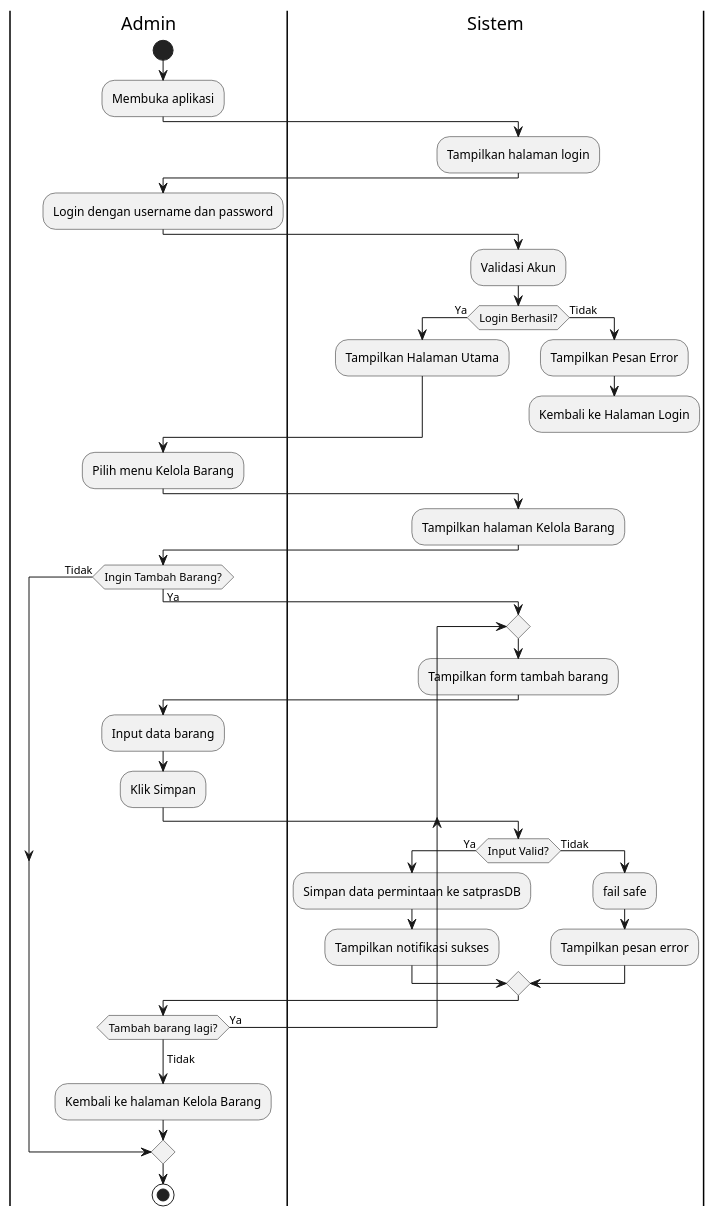
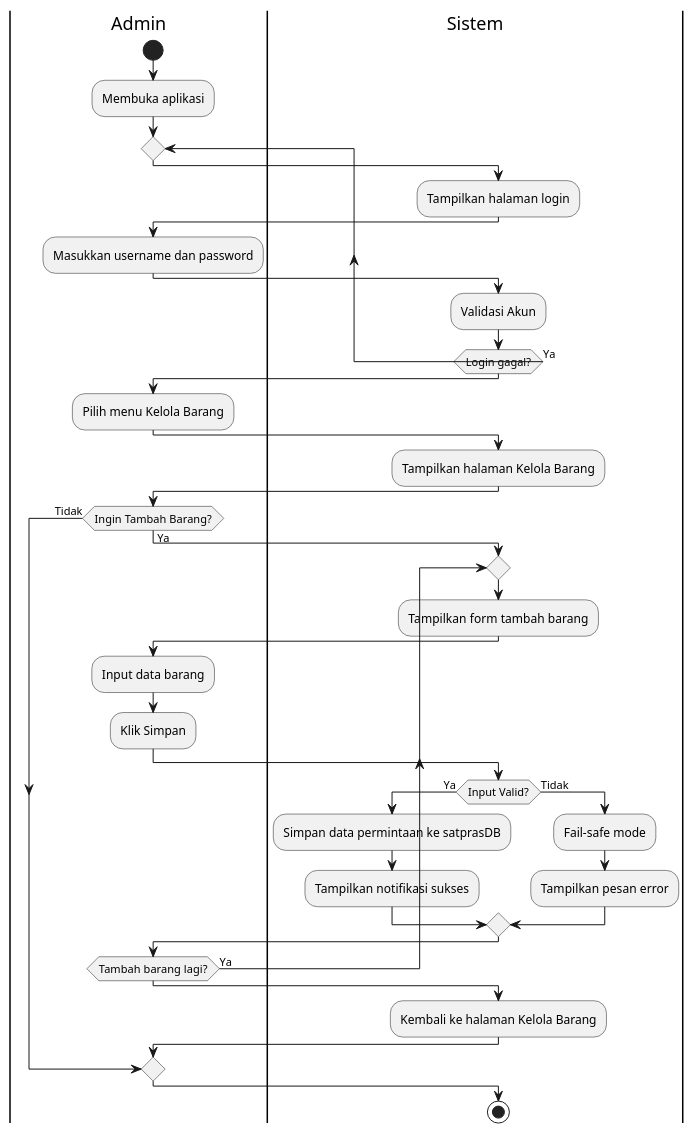
The diagram in Activity Diagram/activityKelolaBarang.puml (Fannandya/diagramPABD), drawn with PlantUML before and after one commit. The commit also changed 1 other file, not shown here.

```diff
--- a/Activity Diagram/activityKelolaBarang.puml
+++ b/Activity Diagram/activityKelolaBarang.puml
@@ -1,52 +1,60 @@
 @startuml activityKelolaBarang
+
 |Admin|
 start
 :Membuka aplikasi;
 
-|Sistem|
-:Tampilkan halaman login;
+repeat
 
-|Admin|
-:Login dengan username dan password;
+  |Sistem|
+  :Tampilkan halaman login;
 
-|Sistem|
-:Validasi Akun;
-if (Login Berhasil?) then (Ya)
-  :Tampilkan Halaman Utama;
-else (Tidak)
-  :Tampilkan Pesan Error;
-  :Kembali ke Halaman Login;
-  detach
-endif
+  |Admin|
+  :Masukkan username dan password;
+
+  |Sistem|
+  :Validasi Akun;
+
+
+
+repeat while (Login gagal?) is (Ya)
 
 |Admin|
 :Pilih menu Kelola Barang;
 
 |Sistem|
 :Tampilkan halaman Kelola Barang;
 
 |Admin|
 if (Ingin Tambah Barang?) then (Ya)
+
   |Sistem|
   repeat
     :Tampilkan form tambah barang;
+
     |Admin|
     :Input data barang;
     :Klik Simpan;
+
     |Sistem|
     if (Input Valid?) then (Ya)
       :Simpan data permintaan ke satprasDB;
       :Tampilkan notifikasi sukses;
     else (Tidak)
-      :fail safe;
+      :Fail-safe mode;
       :Tampilkan pesan error;
     endif
+
     |Admin|
+
   repeat while (Tambah barang lagi?) is (Ya)
-  ->Tidak;
+
+  |Sistem|
   :Kembali ke halaman Kelola Barang;
+
 else (Tidak)
+
 endif
 
 stop
 @enduml
```
